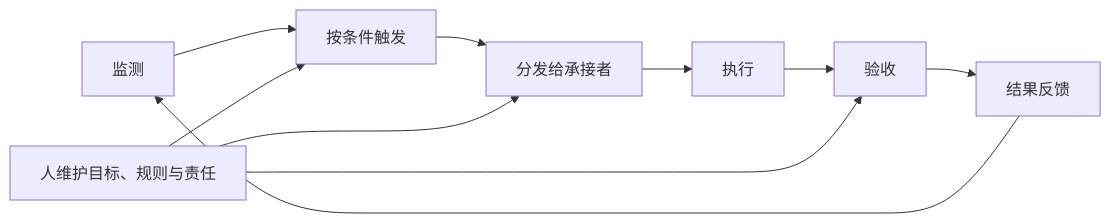
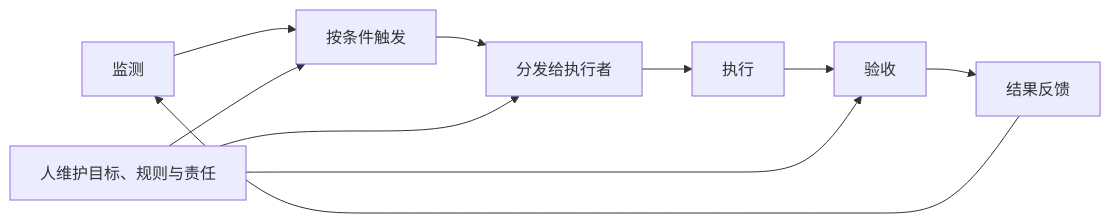
One commit to scottzx/ai-in-organization changed the diagram in 上册-研究报告/04-从被动响应到主动触发.md. Above: the diagram before and after it, drawn with Mermaid. The commit also changed other lines of this file and 17 other files, not shown here.

````diff
--- a/上册-研究报告/04-从被动响应到主动触发.md
+++ b/上册-研究报告/04-从被动响应到主动触发.md
@@ -62,12 +62,12 @@
 ```mermaid
 flowchart LR
     A[监测] --> B[按条件触发]
-    B --> C[分发给承接者]
+    B --> C[分发给执行者]
     C --> D[执行]
     D --> E[验收]
     E --> F[结果反馈]
     F --> A
     G[人维护目标、规则与责任] --> B
     G --> C
     G --> E
 ```
````
